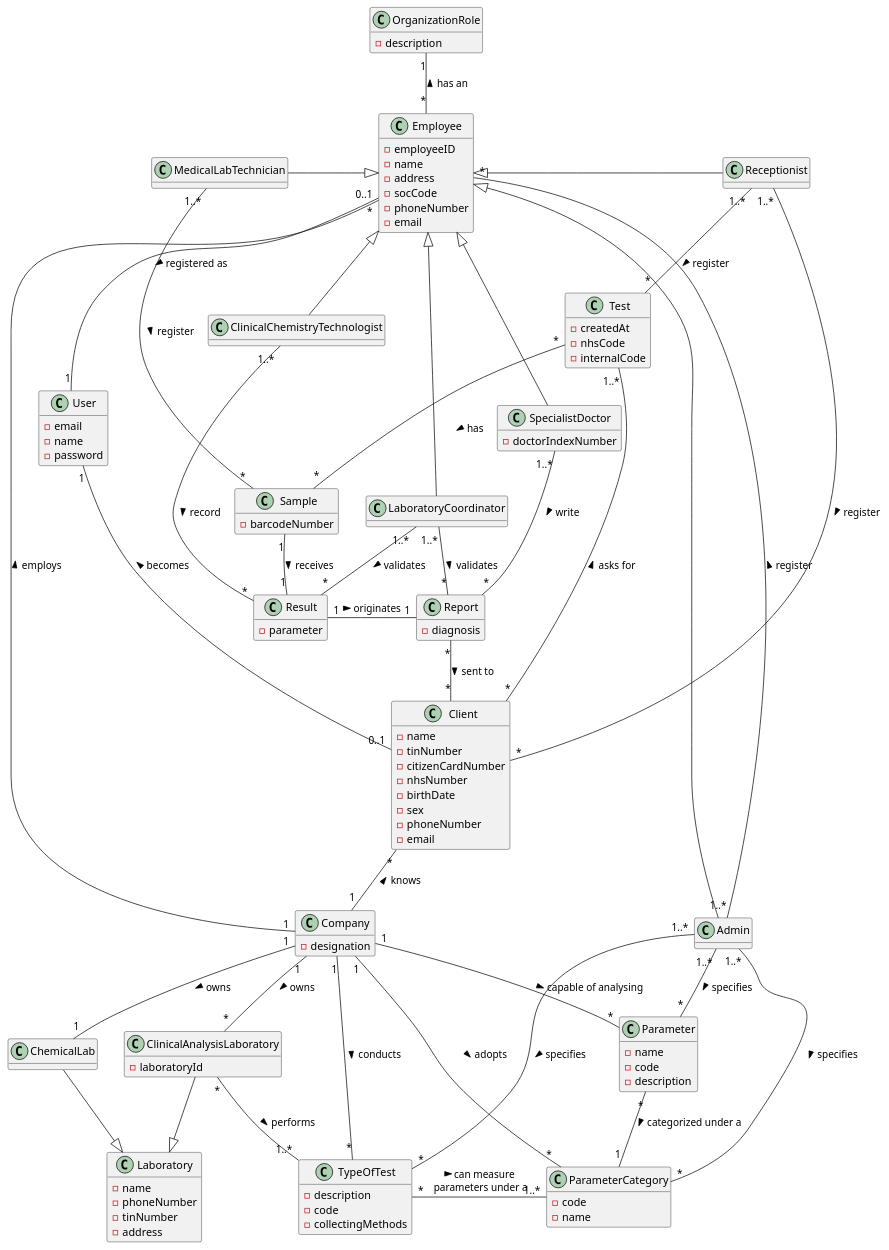
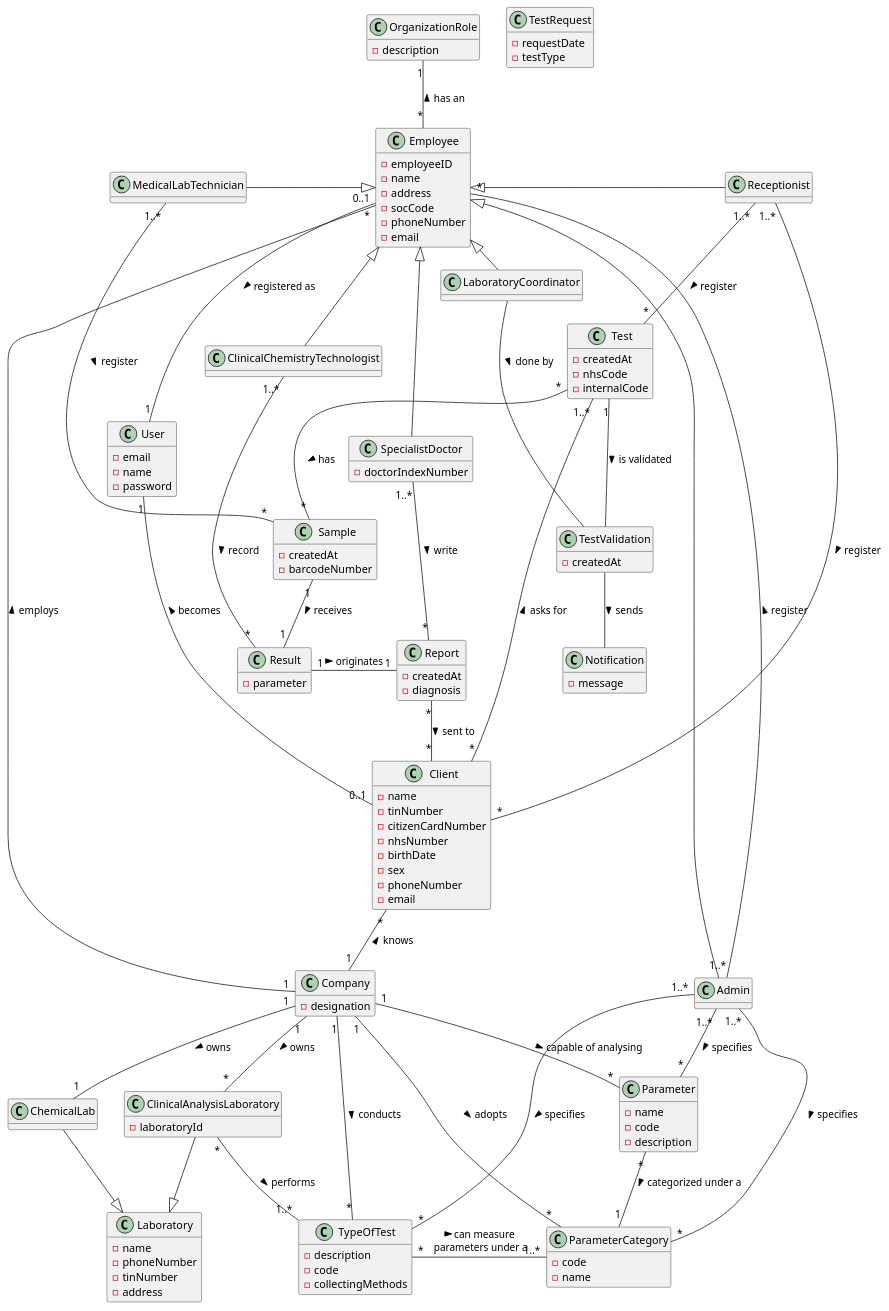
Before and after one commit to GuilhermeCunha79/lapr2: the diagram in docs/SprintC/DM Diagram.puml, drawn with PlantUML. The commit also changed 3 other files, not shown here.

```diff
--- a/docs/SprintC/DM Diagram.puml
+++ b/docs/SprintC/DM Diagram.puml
@@ -1,136 +1,155 @@
 @startuml
 
 hide methods
 
 
 class Company{
  -designation
 }
 
 class Client{
  -name
  -tinNumber
  -citizenCardNumber
  -nhsNumber
  -birthDate
  -sex
  -phoneNumber
  -email
 }
 
+class TestRequest{
+-requestDate
+-testType
+}
+
+class TestValidation{
+-createdAt
+}
+
+class Sample{
+-createdAt
+}
+
+class Notification{
+-message
+}
+
 class Employee{
  -employeeID
  -name
  -address
  -socCode
  -phoneNumber
  -email
 }
 
 class Report{
+-createdAt
  -diagnosis
 }
 
 class Result{
  -parameter
 }
 
 class Parameter{
  -name
  -code
  -description
 }
 
 class ParameterCategory{
  -code
  -name
 }
 
 class TypeOfTest{
  -description
  -code
  -collectingMethods
 }
 
 class Laboratory{
  -name
  -phoneNumber
  -tinNumber
  -address
 }
 
 class ClinicalAnalysisLaboratory {
  -laboratoryId
 }
 
 class SpecialistDoctor {
  -doctorIndexNumber
 }
 
 class Sample {
  -barcodeNumber
 }
 
 class Test {
  -createdAt
  -nhsCode
  -internalCode
 }
 
 class ChemicalLab {
 }
 
 class User {
  -email
  -name
  -password
 }
 
 class OrganizationRole {
  -description
 }
 
 Company"1" -up- "*"Client : "> knows"
 Company"1" -left- "*"Employee : "> employs"
 Company"1" -- "1"ChemicalLab : "> owns"
 Employee <|-- SpecialistDoctor
 ChemicalLab --|> Laboratory
 ClinicalAnalysisLaboratory -|> Laboratory
 Employee"0..1" -- "1"User : "> registered as"
 TypeOfTest"*" -right- "1..*"ParameterCategory : "> can measure \n parameters under a"
 Parameter"*" -- "1"ParameterCategory : "> categorized under a"
 Employee"*" -up- "1"OrganizationRole : "> has an"
 Company"1" -- "*"ClinicalAnalysisLaboratory : "> owns"
 ClinicalAnalysisLaboratory"*" -- "1..*"TypeOfTest : "> performs"
 Company"1" - "*"TypeOfTest : "> conducts"
 Sample"1" -- "1"Result : "> receives"
 Result"1" - "1"Report : "> originates"
 Report"*" -- "*"Client : "> sent to"
 Client"0..1" -up- "1"User : "> becomes"
 Employee <|-- Admin
 Admin"1..*" -- "*"ParameterCategory : "> specifies"
 Company"1" -- "*"ParameterCategory : "> adopts"
 Admin"1..*" -- "*"TypeOfTest : "> specifies"
 Admin"1..*" -- "*"Parameter : "> specifies"
 Admin"1..*" -- "*"Employee : "> register"
 Employee <|- Receptionist
 Receptionist"1..*" -- "*"Test : "> register"
 Receptionist"1..*" -- "*"Client : "> register"
 
 Test"*" -- "*"Sample : "> has"
 
 Client"*" -left- "1..*"Test : "> asks for"
 
 Employee <|-left- MedicalLabTechnician
 MedicalLabTechnician"1..*" -- "*"Sample : "> register"
 
 Employee <|-- ClinicalChemistryTechnologist
 ClinicalChemistryTechnologist"1..*" -- "*"Result : "> record"
 
 SpecialistDoctor"1..*" -- "*"Report : "> write"
 Company"1" -- "*"Parameter : "> capable of analysing"
 Employee <|- LaboratoryCoordinator
-LaboratoryCoordinator"1..*" -- "*"Report : "> validates"
-LaboratoryCoordinator"1..*" -- "*"Result : "> validates"
 
+LaboratoryCoordinator -- TestValidation :> done by
+Test"1" --TestValidation : > is validated
+TestValidation -- Notification : > sends
 @enduml
```
